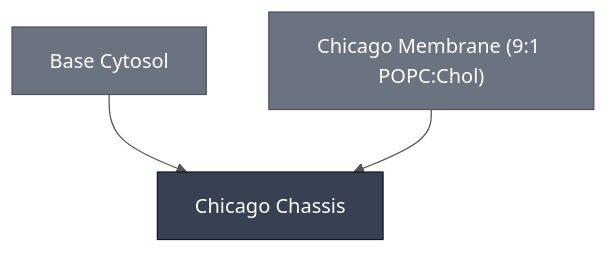
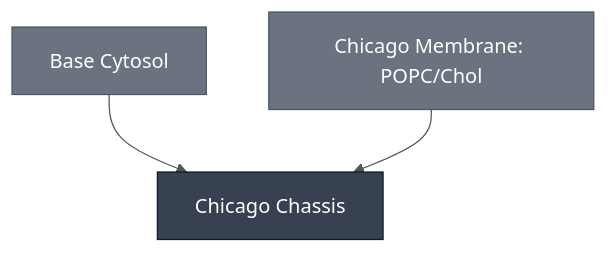
The diagram in docs/modules/chicago-chassis/spec.md (nucleus-eng/nucleus-docs), drawn with Mermaid before and after one commit. The commit also changed 7 other files, not shown here.

````diff
--- a/docs/modules/chicago-chassis/spec.md
+++ b/docs/modules/chicago-chassis/spec.md
@@ -24,19 +24,19 @@
 ```mermaid
 %%{init: {'theme': 'base', 'themeVariables': {'lineColor': '#555555', 'edgeLabelBackground': '#ffffff'}}}%%
 flowchart TD
     BASE_CYTOSOL["Base Cytosol"]
     CHICAGO_CHASSIS["Chicago Chassis"]
-    MEMBRANE_POPC_CHOL_CHICAGO["Chicago Membrane (9:1 POPC:Chol)"]
+    MEMBRANE_POPC_CHOL_CHICAGO["Chicago Membrane: POPC/Chol"]
 
     BASE_CYTOSOL --> CHICAGO_CHASSIS
     MEMBRANE_POPC_CHOL_CHICAGO --> CHICAGO_CHASSIS
 
     classDef constituent fill:#6B7280,color:#ffffff,stroke:#4B5563;
     classDef this fill:#374151,color:#ffffff,stroke:#111827;
     class BASE_CYTOSOL,MEMBRANE_POPC_CHOL_CHICAGO constituent;
     class CHICAGO_CHASSIS this;
 
     click BASE_CYTOSOL "/docs/modules/base-cytosol/spec"
     click CHICAGO_CHASSIS "/docs/modules/chicago-chassis/spec"
     click MEMBRANE_POPC_CHOL_CHICAGO "/docs/modules/membrane-popc-chol-chicago/spec"
 ```
````
